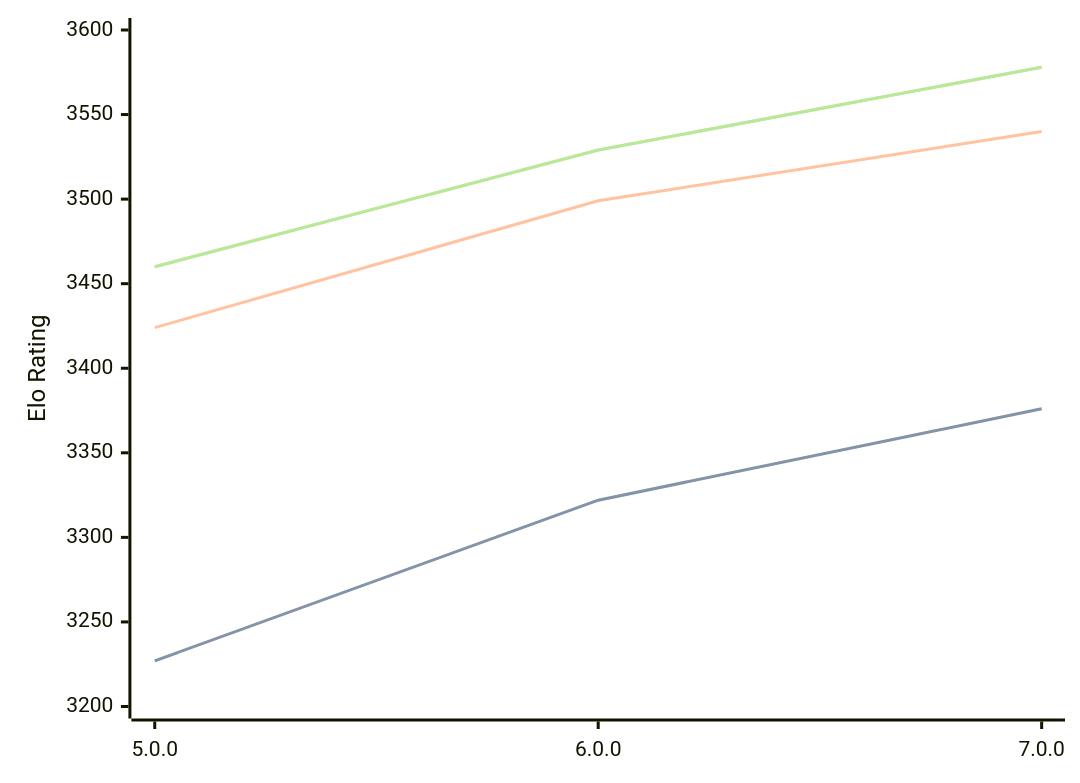
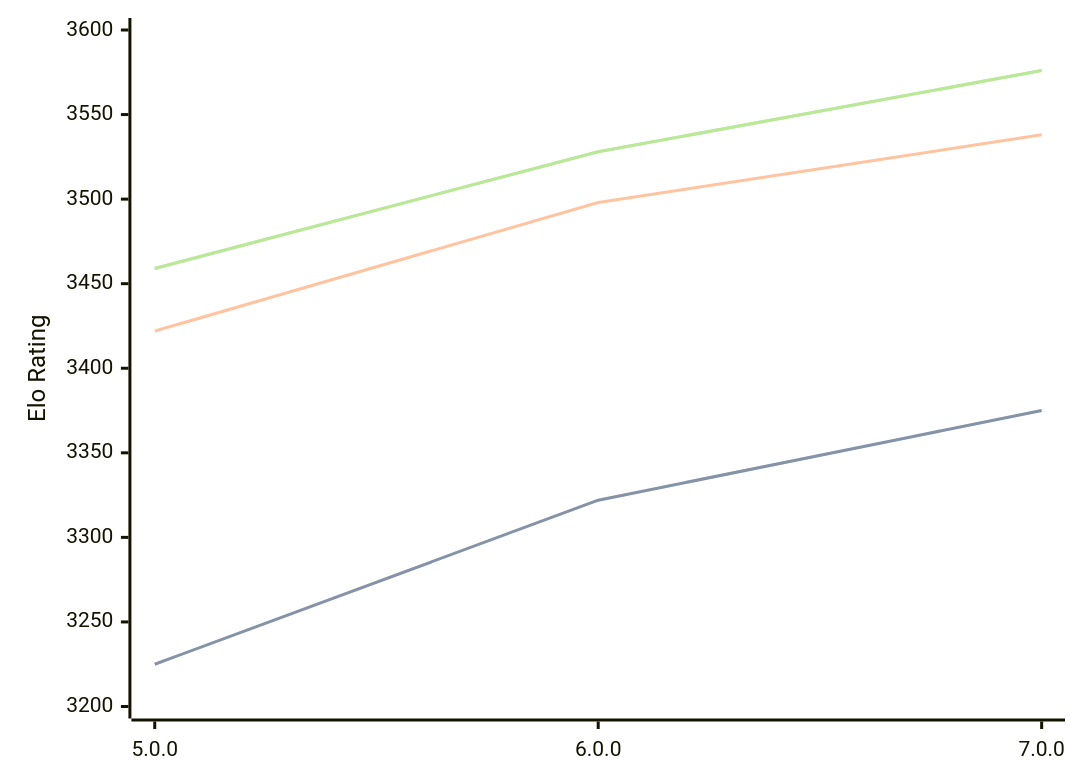
Before and after one commit to computer-chess-index/cci: the diagram in engines/Stormphrax.md, drawn with Mermaid. The commit also changed other lines of this file, not shown here.

Commit message:
Update CCI Ratings (ELO VLTC) - 2026-03-23

````diff
--- a/engines/Stormphrax.md
+++ b/engines/Stormphrax.md
@@ -38,11 +38,11 @@
 ```mermaid
 %%{init: {"theme":"base","themeVariables":{"seriesColors:['#a3a3a3','#222221','#faa371']}}}%%
 xychart-beta
   x-axis ["5.0.0", "6.0.0", "7.0.0"]
   y-axis "Elo Rating" 3200 --> 3600
-  line "STC (8.0+0.08s)" [3227, 3322, 3376]
-  line "STC (8.0+0.08s)" [3227, 3322, 3376]
-  line "LTC (60.0+0.60s)" [3424, 3499, 3540]
-  line "VLTC (2m24s+1.12s)" [3460, 3529, 3578]
-  line "VLTC (2m24s+1.12s)" [3460, 3529, 3578]
+  line "STC (8.0+0.08s)" [3225, 3322, 3375]
+  line "STC (8.0+0.08s)" [3225, 3322, 3375]
+  line "LTC (60.0+0.60s)" [3422, 3498, 3538]
+  line "VLTC (2m24s+1.12s)" [3459, 3528, 3576]
+  line "VLTC (2m24s+1.12s)" [3459, 3528, 3576]
 ```
````
